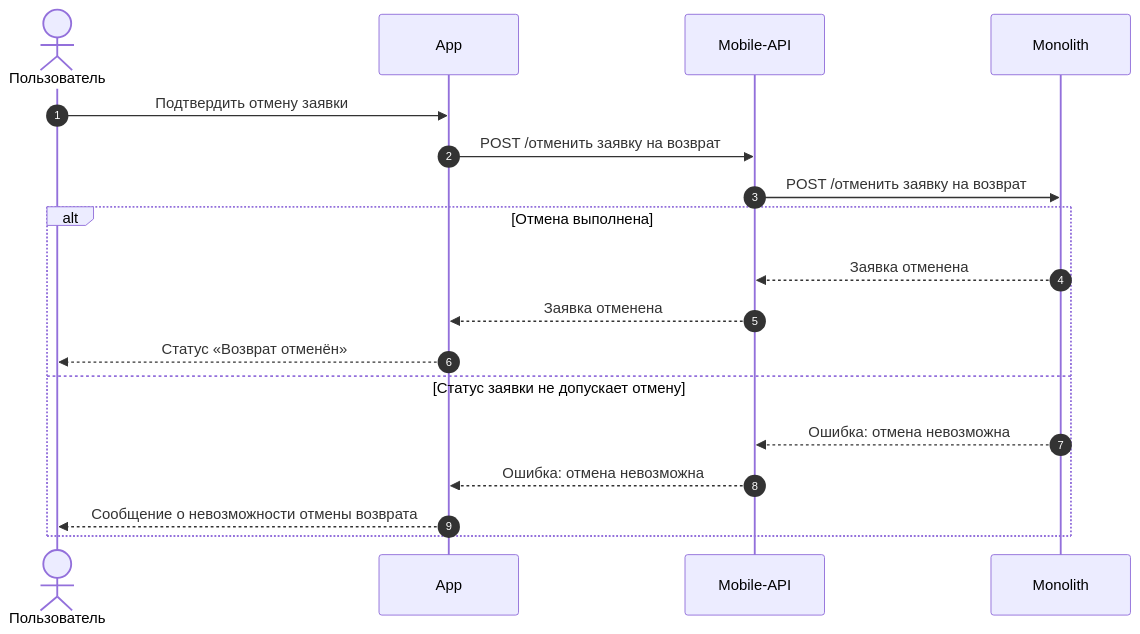
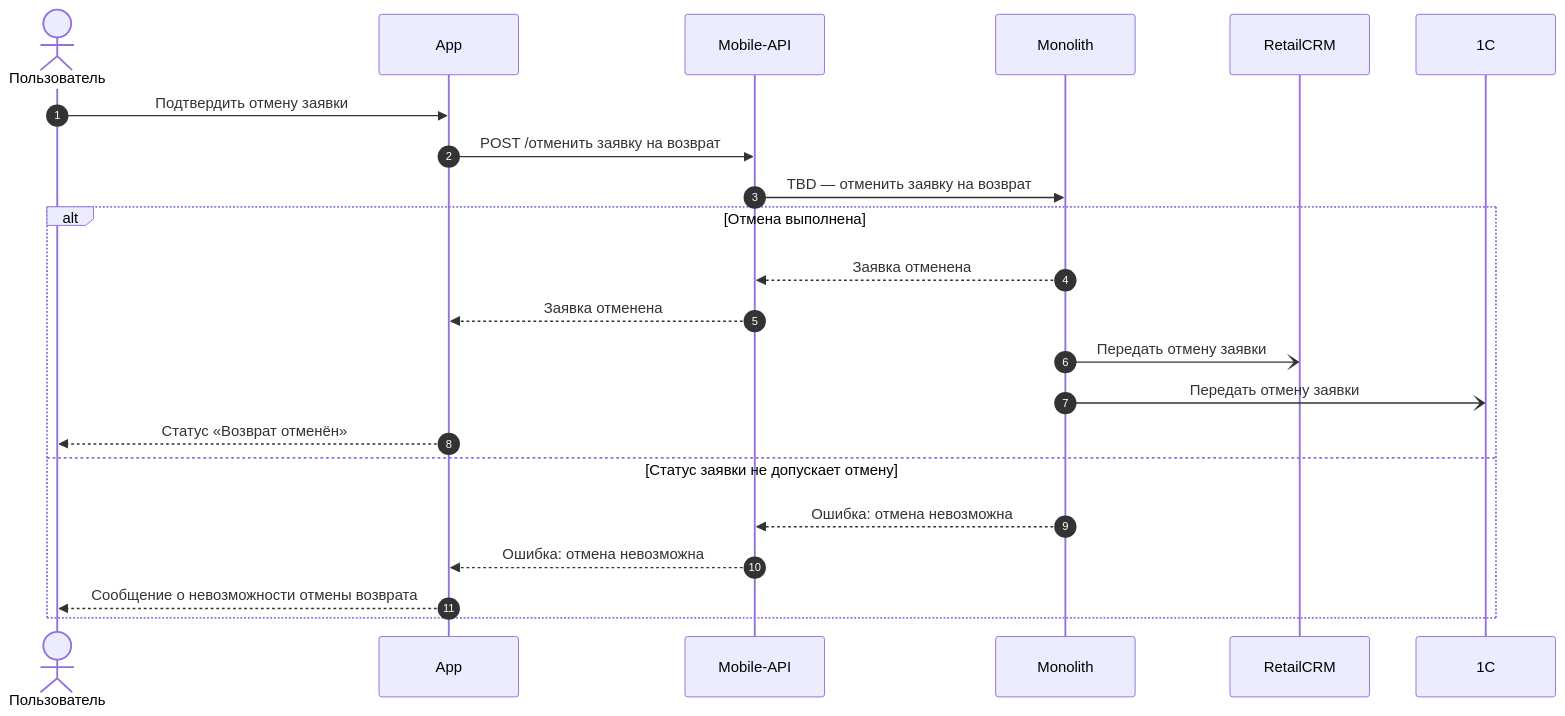
One commit to Terinss155/opencode-agents-analysis changed diagram 21 of 21 in projects/returns-2.0/requirements/srs/srs-mobile-mvp.md. Above: the diagram before and after it, drawn with Mermaid. The commit also changed other lines of this file and 6 other files, not shown here.

````diff
--- a/projects/returns-2.0/requirements/srs/srs-mobile-mvp.md
+++ b/projects/returns-2.0/requirements/srs/srs-mobile-mvp.md
@@ -1394,21 +1440,25 @@
 ```mermaid
 sequenceDiagram
     autonumber
     actor U as Пользователь
     participant APP as App
     participant API as Mobile-API
     participant MON as Monolith
+    participant RCRM as RetailCRM
+    participant ONEC as 1C
 
     U->>APP: Подтвердить отмену заявки
     APP->>API: POST /отменить заявку на возврат
-    API->>MON: POST /отменить заявку на возврат
+    API->>MON: TBD — отменить заявку на возврат
     alt Отмена выполнена
         MON-->>API: Заявка отменена
         API-->>APP: Заявка отменена
+        MON-)RCRM: Передать отмену заявки
+        MON-)ONEC: Передать отмену заявки
         APP-->>U: Статус «Возврат отменён»
     else Статус заявки не допускает отмену
         MON-->>API: Ошибка: отмена невозможна
         API-->>APP: Ошибка: отмена невозможна
         APP-->>U: Сообщение о невозможности отмены возврата
     end
 ```
````
